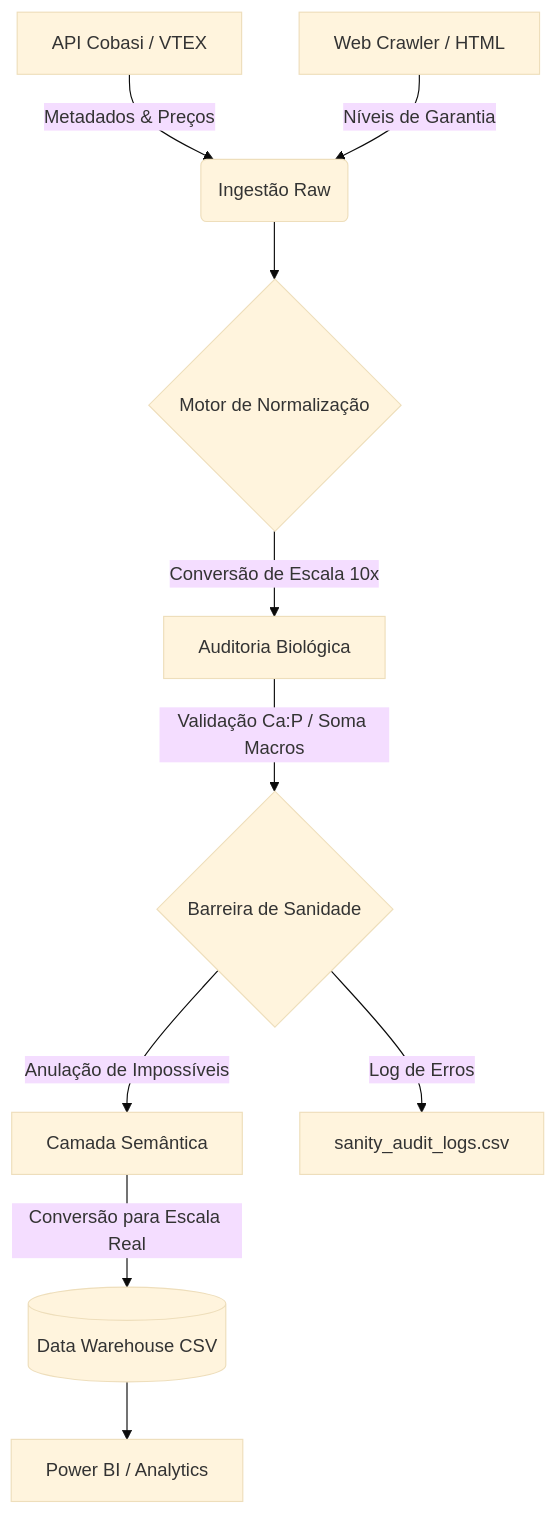
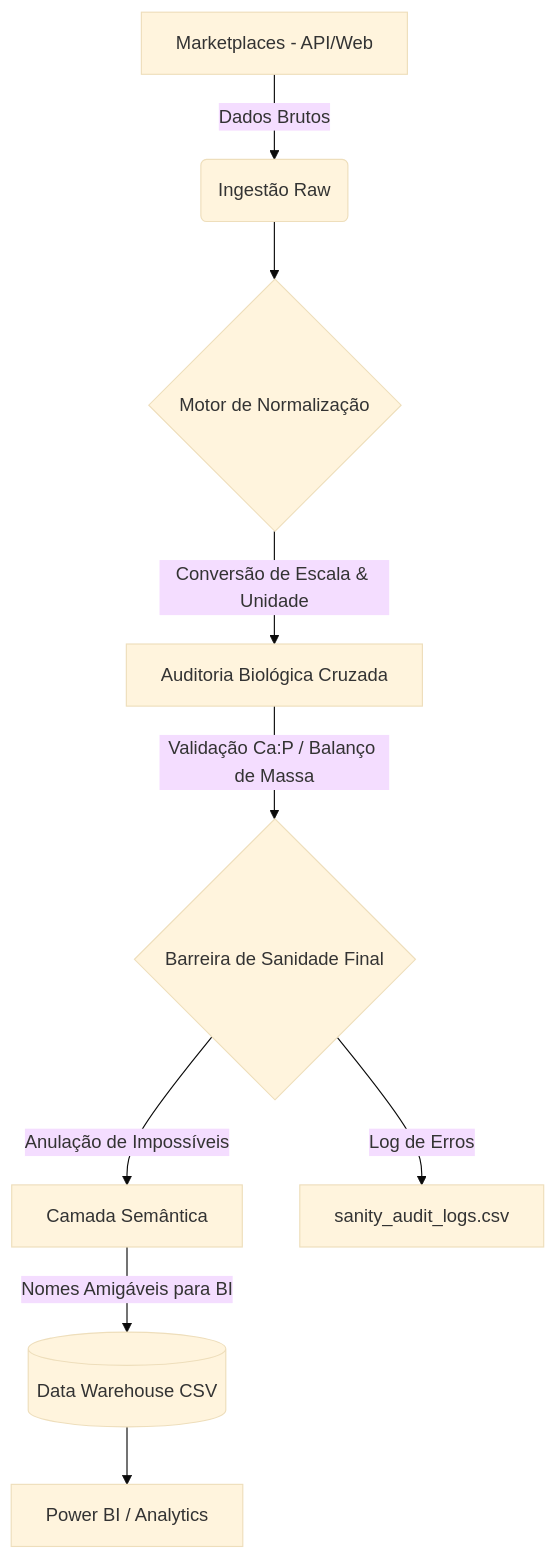
Before and after one commit to viniciusmfernandes23/dogfood_nutrition_catalog: the diagram in README.md, drawn with Mermaid (base theme). The commit also changed other lines of this file and 6 other files, not shown here.

````diff
--- a/README.md
+++ b/README.md
@@ -9,12 +9,11 @@
 ```mermaid
 graph TD
-    A[API Cobasi / VTEX] -->|Metadados & Preços| B(Ingestão Raw)
-    C[Web Crawler / HTML] -->|Níveis de Garantia| B
-    B --> D{Motor de Normalização}
-    D -->|Conversão de Escala 10x| E[Auditoria Biológica]
-    E -->|Validação Ca:P / Soma Macros| F{Barreira de Sanidade}
-    F -->|Anulação de Impossíveis| G[Camada Semântica]
-    G -->|Conversão para Escala Real| H[(Data Warehouse CSV)]
-    H --> I[Power BI / Analytics]
-    F -->|Log de Erros| J[sanity_audit_logs.csv]
+    A[Marketplaces - API/Web] -->|Dados Brutos| B(Ingestão Raw)
+    B --> C{Motor de Normalização}
+    C -->|Conversão de Escala & Unidade| D[Auditoria Biológica Cruzada]
+    D -->|Validação Ca:P / Balanço de Massa| E{Barreira de Sanidade Final}
+    E -->|Anulação de Impossíveis| F[Camada Semântica]
+    F -->|Nomes Amigáveis para BI| G[(Data Warehouse CSV)]
+    G --> H[Power BI / Analytics]
+    E -->|Log de Erros| I[sanity_audit_logs.csv]
 ```
````
